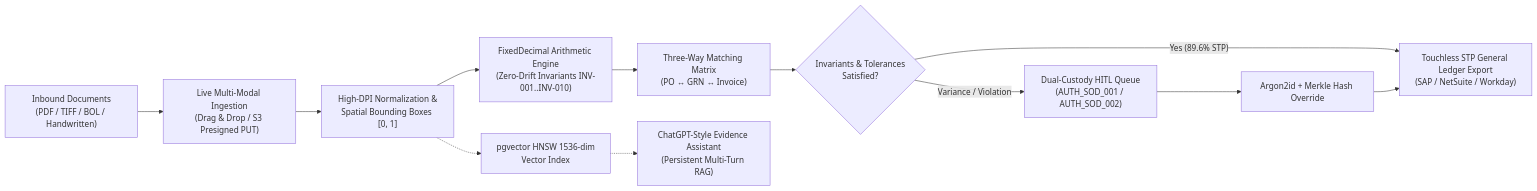
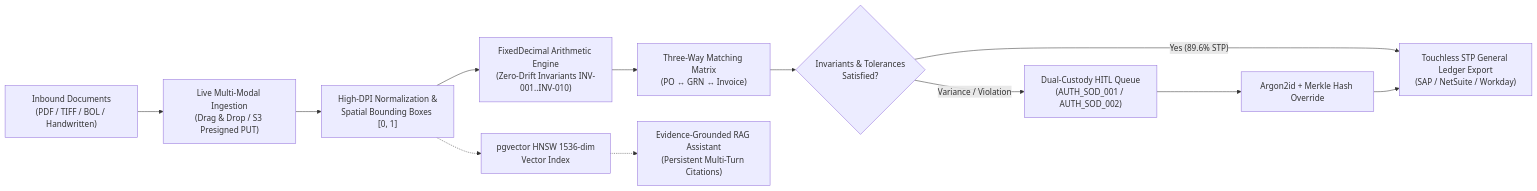
Before and after one commit to GuptaHarsh7706/LedgerOne: the first of 8 diagrams in README.md, drawn with Mermaid. The commit also changed other lines of this file, not shown here.

Commit message:
docs(readme): enrich architectural diagrams, verified paths, provider abstraction, and institutional benchmarks

````diff
--- a/README.md
+++ b/README.md
@@ -29,14 +29,14 @@
 ```mermaid
 flowchart LR
     A["Inbound Documents\n(PDF / TIFF / BOL / Handwritten)"] --> B["Live Multi-Modal Ingestion\n(Drag & Drop / S3 Presigned PUT)"]
     B --> C["High-DPI Normalization &\nSpatial Bounding Boxes [0, 1]"]
     C --> D["FixedDecimal Arithmetic Engine\n(Zero-Drift Invariants INV-001..INV-010)"]
     D --> E["Three-Way Matching Matrix\n(PO ↔ GRN ↔ Invoice)"]
     E --> F{"Invariants & Tolerances\nSatisfied?"}
     F -- "Yes (89.6% STP)" --> G["Touchless STP General Ledger Export\n(SAP / NetSuite / Workday)"]
     F -- "Variance / Violation" --> H["Dual-Custody HITL Queue\n(AUTH_SOD_001 / AUTH_SOD_002)"]
     H --> I["Argon2id + Merkle Hash Override"]
     I --> G
     C -.-> J["pgvector HNSW 1536-dim\nVector Index"]
-    J -.-> K["ChatGPT-Style Evidence Assistant\n(Persistent Multi-Turn RAG)"]
+    J -.-> K["Evidence-Grounded RAG Assistant\n(Persistent Multi-Turn Citations)"]
 ```
````
